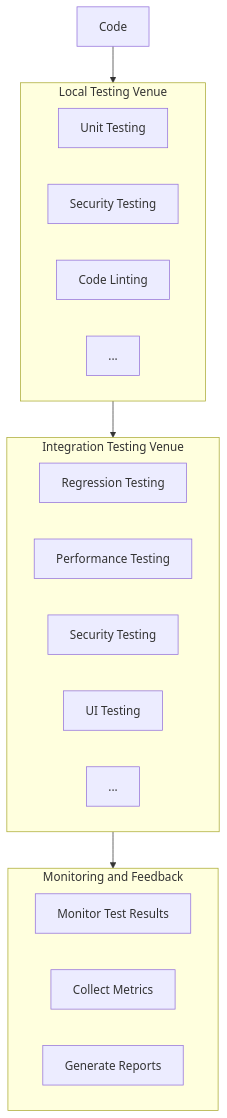
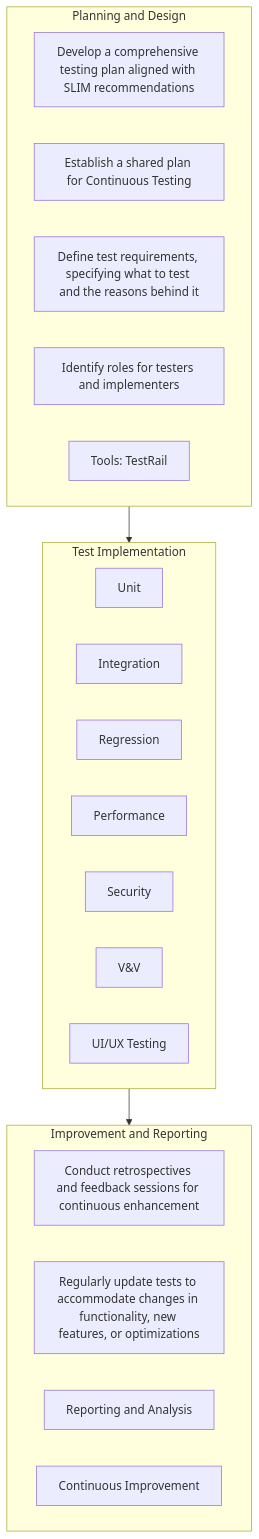
One commit to NASA-AMMOS/slim changed the diagram in docs/guides/software-lifecycle/continuous-testing/README.md. Above: the diagram before and after it, drawn with Mermaid. The commit also changed other lines of this file, not shown here.

````diff
--- a/docs/guides/software-lifecycle/continuous-testing/README.md
+++ b/docs/guides/software-lifecycle/continuous-testing/README.md
@@ -103,33 +47,35 @@
 ```mermaid
 graph TD;
-    A[Code]
+    A
     B
     C
-    D
     
     A --> B;
     B --> C;
-    C --> D;
+
+    subgraph A[Planning and Design]
+        D[Develop a comprehensive testing plan aligned with SLIM recommendations]
+        E[Establish a shared plan for Continuous Testing]
+        F[Define test requirements, specifying what to test and the reasons behind it]
+        G[Identify roles for testers and implementers]
+        H[Tools: TestRail]
+
+    end
    
-    subgraph B[Local Testing Venue]
-        E[Unit Testing]
-        F[Security Testing]
-        G[Code Linting]
-        H[...]
+    subgraph B[Test Implementation]
+        I[Unit]
+        J[Integration]
+        K[Regression]
+        L[Performance]
+        M[Security]
+        N[V&V]
+        O[UI/UX Testing]
     end
     
-    subgraph C[Integration Testing Venue]
-        I[Regression Testing]
-        J[Performance Testing]
-        K[Security Testing]
-        L[UI Testing]
-        M[...]
+    subgraph C[Improvement and Reporting]
+        P[Conduct retrospectives and feedback sessions for continuous enhancement]
+        Q[Regularly update tests to accommodate changes in functionality, new features, or optimizations]
+        R[Reporting and Analysis]
+        S[Continuous Improvement]
     end
-
-    subgraph D[Monitoring and Feedback]
-        N[Monitor Test Results]
-        O[Collect Metrics]
-        P[Generate Reports]
-    end
-
 ```
````
